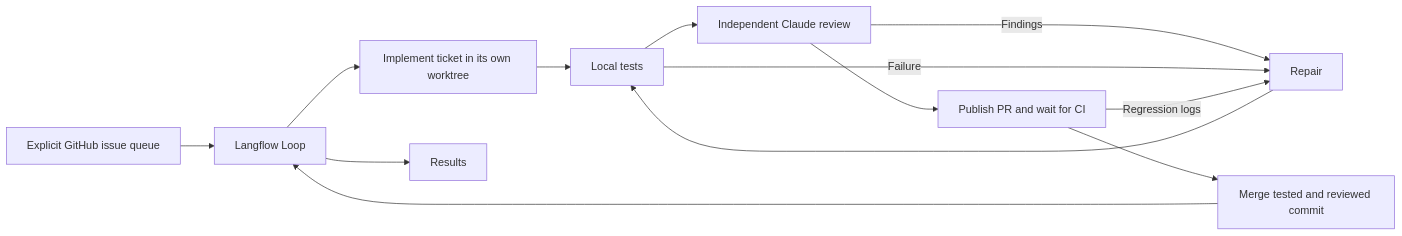
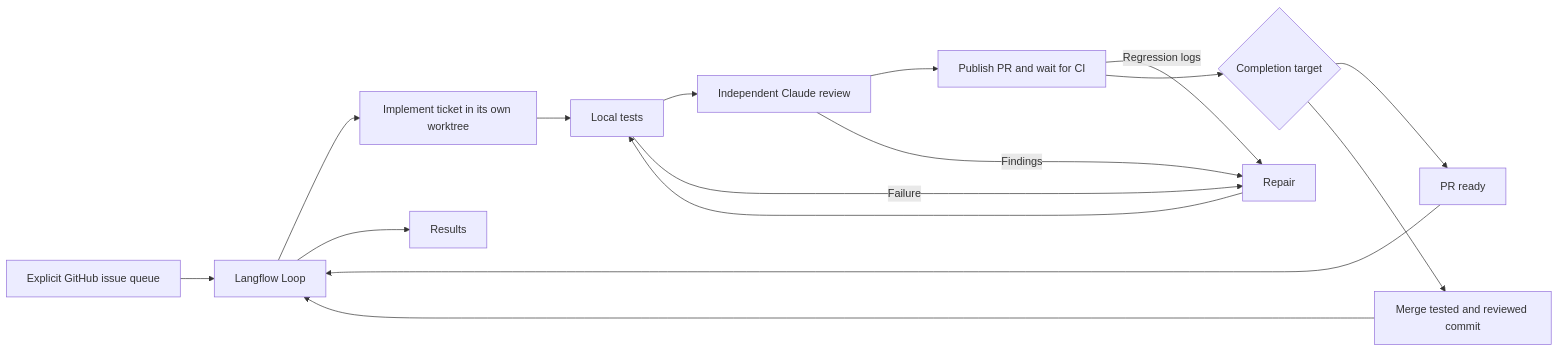
One commit to florinel-chis/GopherCRM changed the diagram in automation/langflow/README.md. Above: the diagram before and after it, drawn with Mermaid. The commit also changed other lines of this file and 38 other files, not shown here.

````diff
--- a/automation/langflow/README.md
+++ b/automation/langflow/README.md
@@ -5,15 +5,18 @@
 ```mermaid
 flowchart LR
   Queue[Explicit GitHub issue queue] --> Loop[Langflow Loop]
   Loop --> Ticket[Implement ticket in its own worktree]
   Ticket --> Tests[Local tests]
   Tests --> Review[Independent Claude review]
   Review --> CI[Publish PR and wait for CI]
   Review -->|Findings| Repair[Repair]
   Tests -->|Failure| Repair
   CI -->|Regression logs| Repair
   Repair --> Tests
-  CI --> Merge[Merge tested and reviewed commit]
+  CI --> Target{Completion target}
+  Target --> PR[PR ready]
+  Target --> Merge[Merge tested and reviewed commit]
+  PR --> Loop
   Merge --> Loop
   Loop --> Results[Results]
 ```
````
